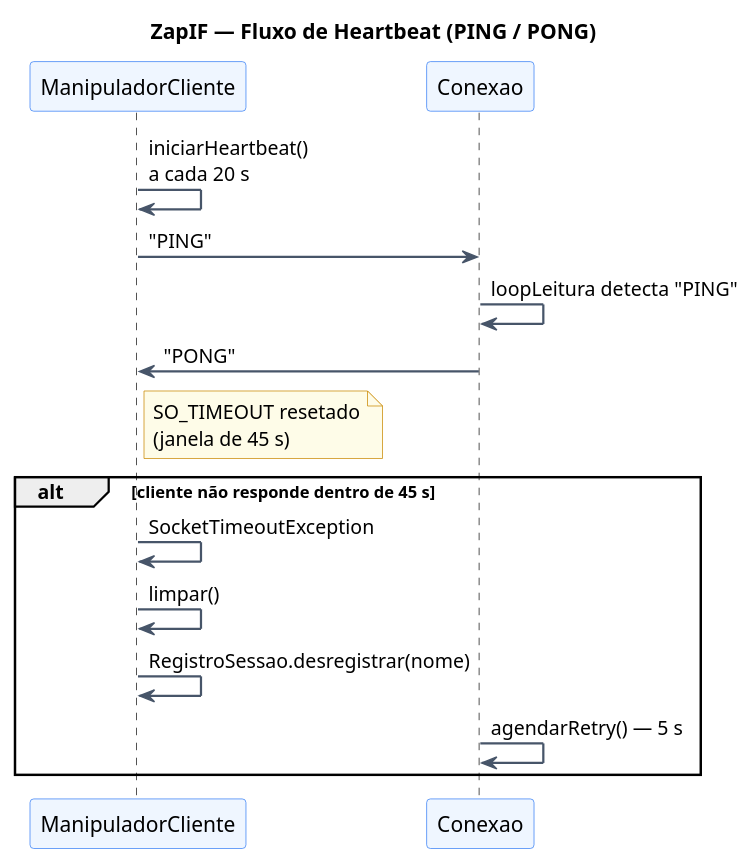
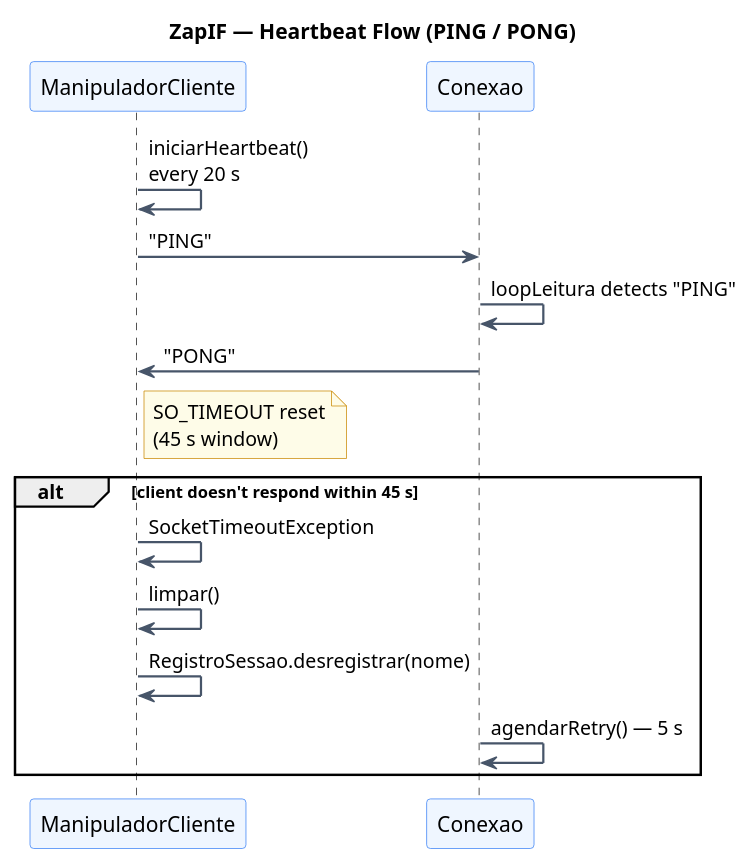
Before and after one commit to ErickHTF/ZapIF: the third of 3 diagrams in uml/puml/diagrams.puml, drawn with PlantUML. The commit also changed other lines of this file and 11 other files, not shown here.

```diff
--- a/uml/puml/diagrams.puml
+++ b/uml/puml/diagrams.puml
@@ -126,30 +126,30 @@
 @startuml sequencia_heartbeat
-title ZapIF — Fluxo de Heartbeat (PING / PONG)
+title ZapIF — Heartbeat Flow (PING / PONG)
 
 skinparam Shadowing false
 skinparam SequenceArrowThickness 1.5
 skinparam SequenceBoxBackgroundColor #F8FAFC
 skinparam SequenceBoxBorderColor #94A3B8
 skinparam ParticipantBackgroundColor #EFF6FF
 skinparam ParticipantBorderColor #3B82F6
 skinparam ArrowColor #475569
 skinparam NoteBackgroundColor #FEFCE8
 skinparam NoteBorderColor #CA8A04
 
 participant "ManipuladorCliente" as MC
 participant "Conexao"            as CN
 
-MC -> MC : iniciarHeartbeat()\na cada 20 s
+MC -> MC : iniciarHeartbeat()\nevery 20 s
 MC -> CN : "PING"
 
-CN -> CN : loopLeitura detecta "PING"
+CN -> CN : loopLeitura detects "PING"
 CN -> MC : "PONG"
-note right of MC : SO_TIMEOUT resetado\n(janela de 45 s)
+note right of MC : SO_TIMEOUT reset\n(45 s window)
 
-alt cliente não responde dentro de 45 s
+alt client doesn't respond within 45 s
     MC -> MC : SocketTimeoutException
     MC -> MC : limpar()
     MC -> MC : RegistroSessao.desregistrar(nome)
     CN -> CN : agendarRetry() — 5 s
 end
 @enduml
```
